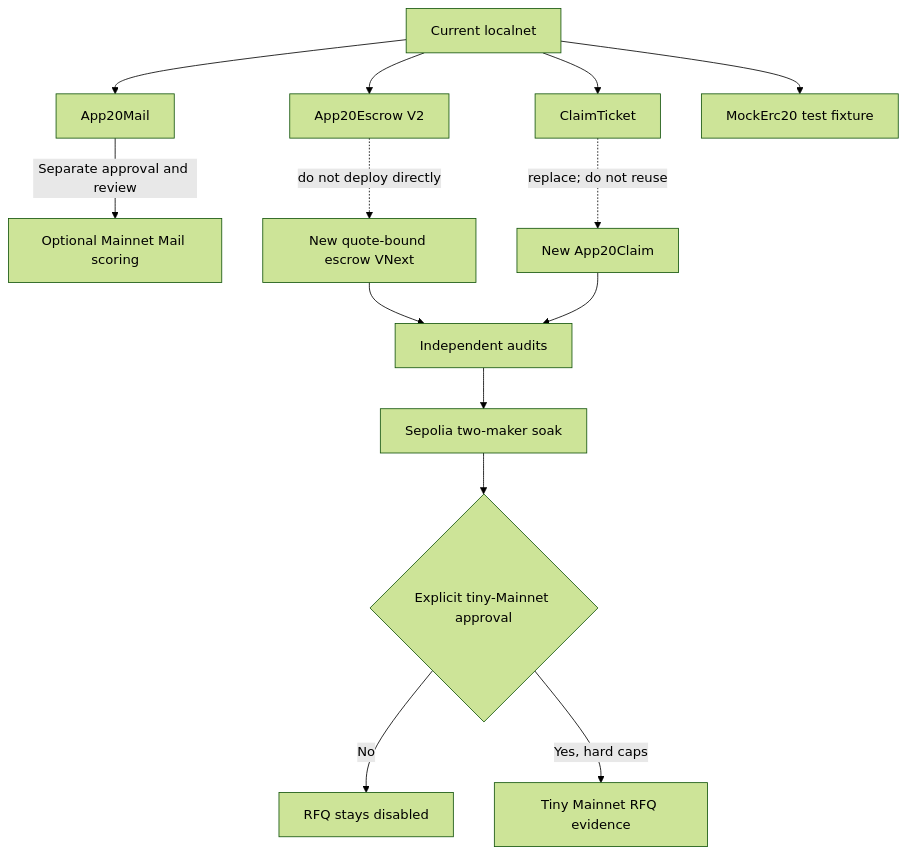
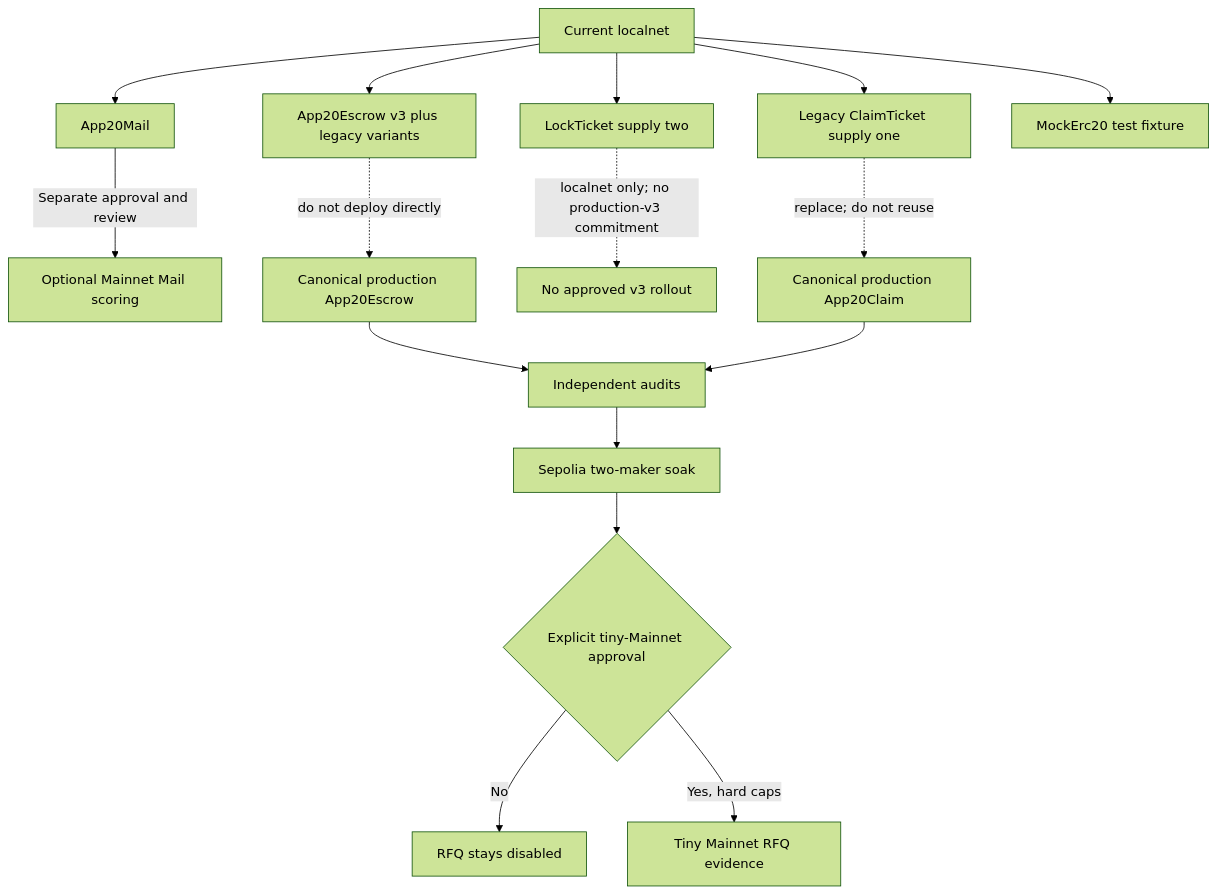
One commit to gstohl/app20 changed the seventh of 8 diagrams in README.md. Above: the diagram before and after it, drawn with Mermaid (forest theme). The commit also changed other lines of this file and 80 other files, not shown here.

````diff
--- a/README.md
+++ b/README.md
@@ -229,17 +255,19 @@
 ```mermaid
 flowchart TD
     L[Current localnet] --> LM[App20Mail]
-    L --> LE[App20Escrow V2]
-    L --> CT[ClaimTicket]
+    L --> LE[App20Escrow v3 plus legacy variants]
+    L --> LT[LockTicket supply two]
+    L --> CT[Legacy ClaimTicket supply one]
     L --> ME[MockErc20 test fixture]
 
     LM -->|Separate approval and review| MS[Optional Mainnet Mail scoring]
-    LE -. do not deploy directly .-> VN[New quote-bound escrow VNext]
-    CT -. replace; do not reuse .-> TN[New App20Claim]
+    LE -. do not deploy directly .-> VN[Canonical production App20Escrow]
+    LT -. localnet only; no production-v3 commitment .-> LTO[No approved v3 rollout]
+    CT -. replace; do not reuse .-> TN[Canonical production App20Claim]
     VN --> A[Independent audits]
     TN --> A
     A --> S[Sepolia two-maker soak]
     S --> H{Explicit tiny-Mainnet approval}
     H -->|No| STOP[RFQ stays disabled]
     H -->|Yes, hard caps| MM[Tiny Mainnet RFQ evidence]
 ```
````
